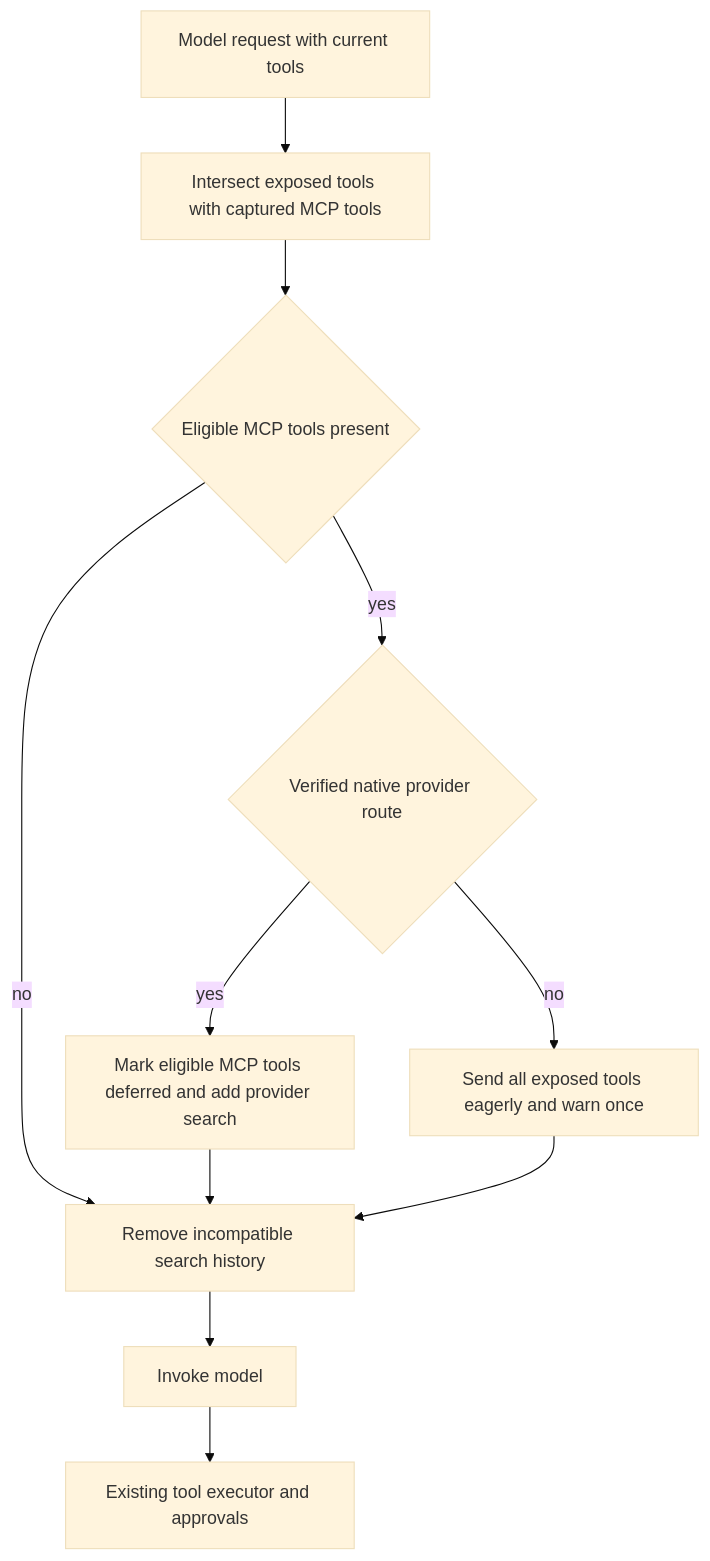
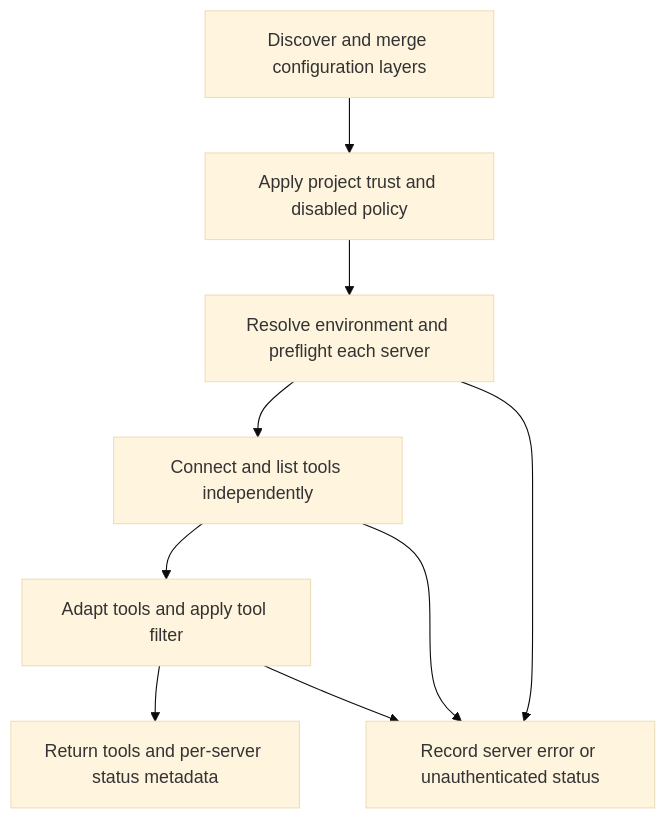
One commit to langchain-ai/deepagents changed the first of 2 diagrams in openwiki/integrations/mcp.md. Above: the diagram before and after it, drawn with Mermaid (base theme). The commit also changed other lines of this file and 33 other files, not shown here.

````diff
--- a/openwiki/integrations/mcp.md
+++ b/openwiki/integrations/mcp.md
@@ -77,13 +77,11 @@
 ```mermaid
 flowchart TD
-    Request["Model request with current tools"] --> Eligible["Intersect exposed tools with captured MCP tools"]
-    Eligible --> HasMCP{"Eligible MCP tools present"}
-    HasMCP -->|"no"| Portable["Remove incompatible search history"]
-    HasMCP -->|"yes"| Native{"Verified native provider route"}
-    Native -->|"yes"| Defer["Mark eligible MCP tools deferred and add provider search"]
-    Native -->|"no"| Eager["Send all exposed tools eagerly and warn once"]
-    Defer --> Portable
-    Eager --> Portable
-    Portable --> Model["Invoke model"]
-    Model --> Executor["Existing tool executor and approvals"]
+    Source["Discover and merge configuration layers"] --> Gate["Apply project trust and disabled policy"]
+    Gate --> Prepare["Resolve environment and preflight each server"]
+    Prepare --> Connect["Connect and list tools independently"]
+    Connect --> Adapt["Adapt tools and apply tool filter"]
+    Adapt --> Info["Return tools and per-server status metadata"]
+    Prepare --> Failed["Record server error or unauthenticated status"]
+    Connect --> Failed
+    Adapt --> Failed
 ```
````
